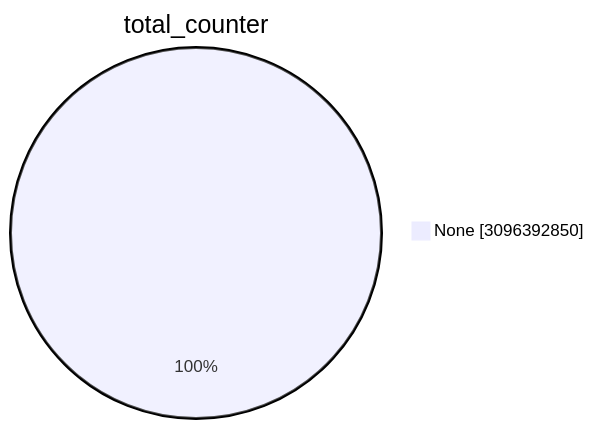
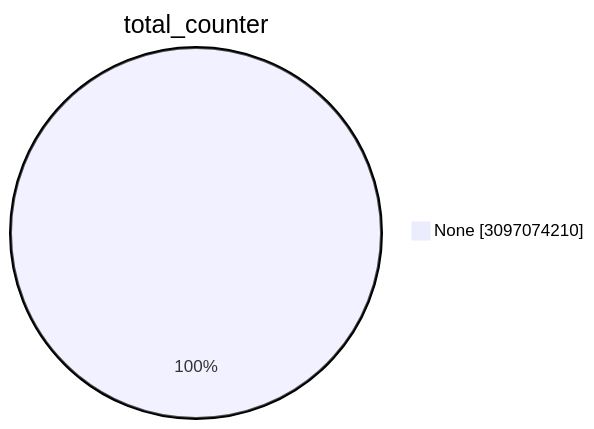
One commit to christiankrug/ctmonitor_visualization changed the first of 15 diagrams in TOTAL/README.md. Above: the diagram before and after it, drawn with Mermaid. The commit also changed other lines of this file, not shown here.

````diff
--- a/TOTAL/README.md
+++ b/TOTAL/README.md
@@ -1,5 +1,5 @@
 ```mermaid
 pie showData
 title total_counter
-"None" :3096392850
+"None" :3097074210
 ```
````
